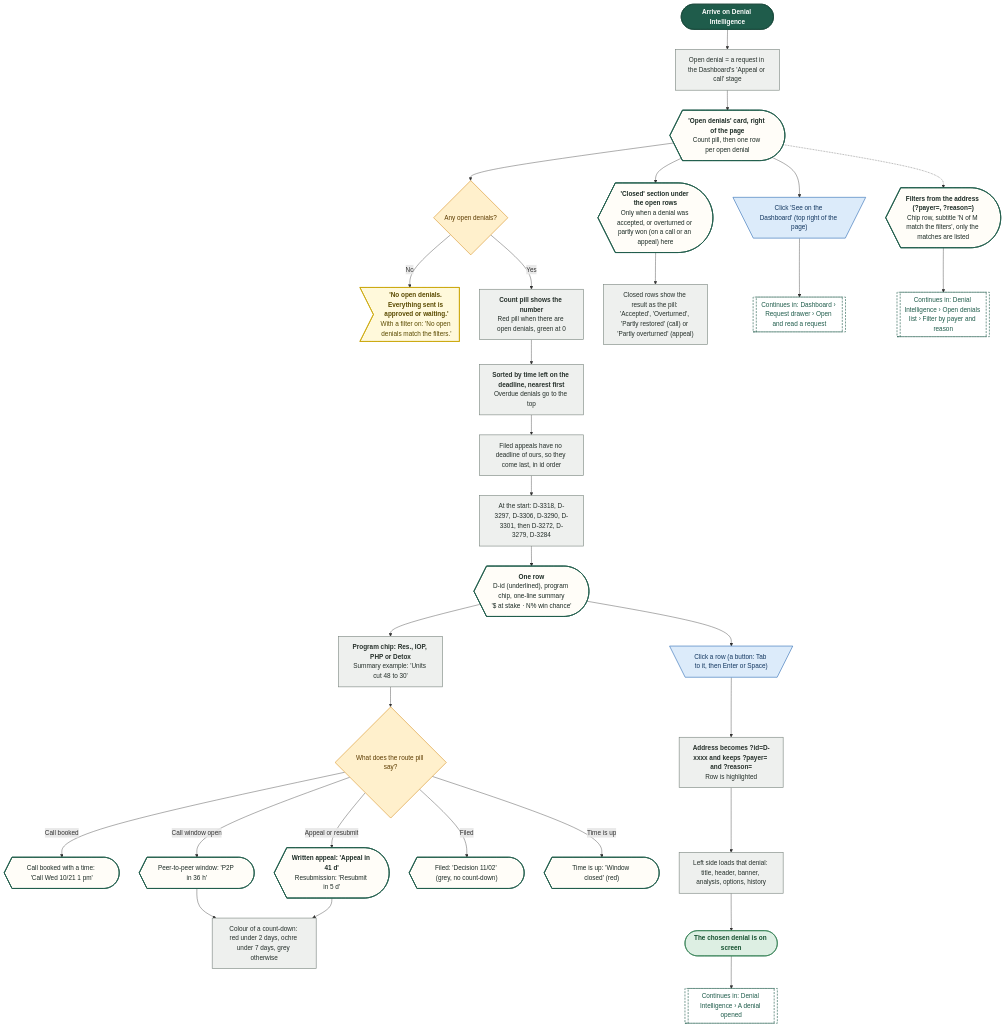
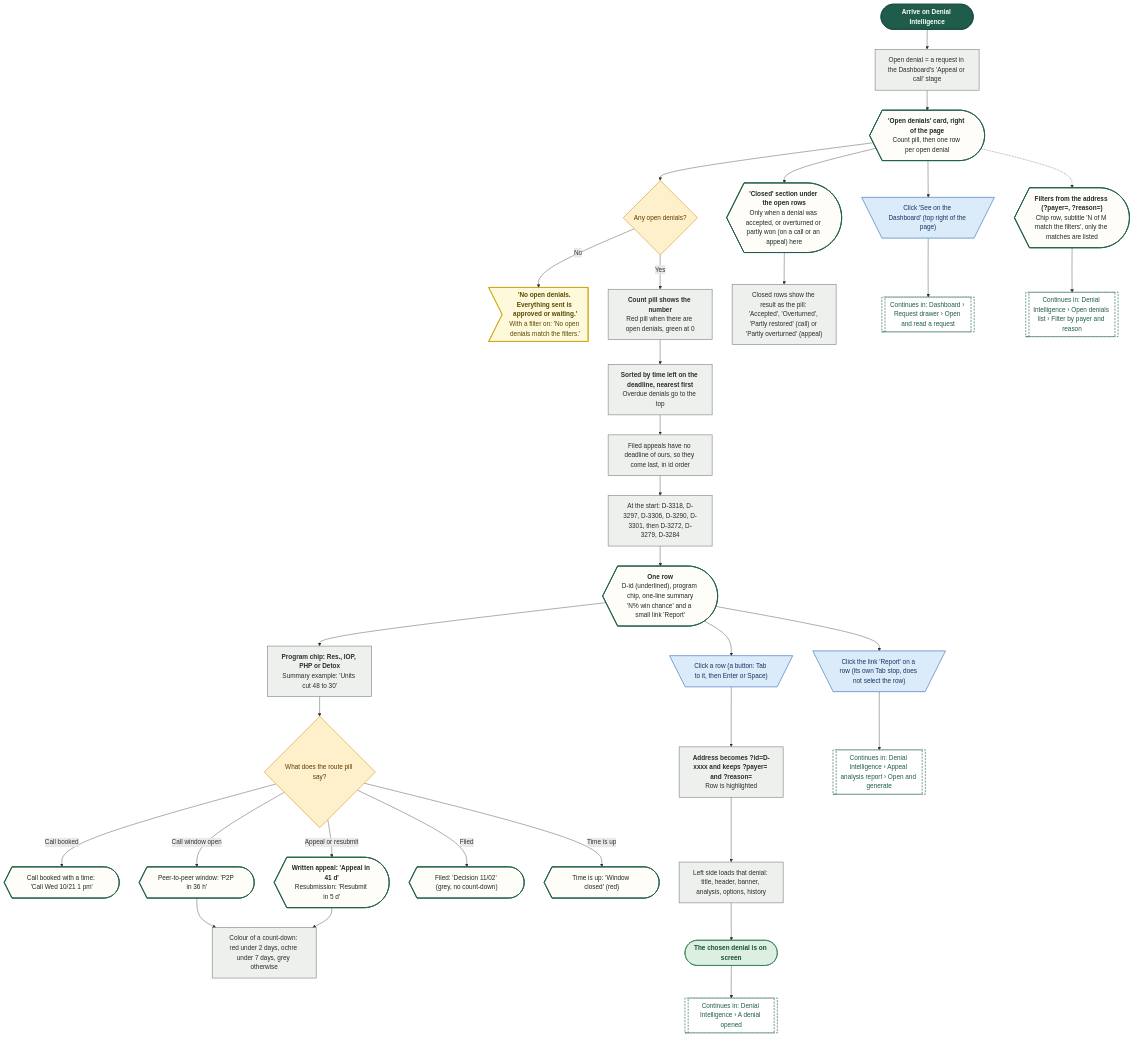
One commit to Shrav143/psyfloapp changed the second of 25 diagrams in demos/prior-auth-demo/workflows/out/md/06-denials.md. Above: the diagram before and after it, drawn with Mermaid. The commit also changed other lines of this file and 39 other files, not shown here.

First line of the commit message:
docs: appeal analysis report in the site map and README; rebuild the workflow diagrams (225)

````diff
--- a/demos/prior-auth-demo/workflows/out/md/06-denials.md
+++ b/demos/prior-auth-demo/workflows/out/md/06-denials.md
@@ -96,73 +96,76 @@
 ```mermaid
 %%{init: {"theme":"base","themeVariables":{"fontFamily":"'DM Sans', 'Segoe UI', system-ui, sans-serif","fontSize":"15px","lineColor":"#5B6B63","primaryTextColor":"#1C2B25","clusterBkg":"#FBF8F3","clusterBorder":"#D9CDBB","edgeLabelBackground":"#FFFFFF"},"flowchart":{"curve":"basis","nodeSpacing":36,"rankSpacing":48,"padding":12,"htmlLabels":true,"useMaxWidth":false,"wrappingWidth":230}} }%%
 flowchart TD
   classDef k_start fill:#1F5C4B,stroke:#174638,color:#FFFFFF,stroke-width:1.5px,font-weight:600
   classDef k_end fill:#DDEFE3,stroke:#2E7D4F,color:#14502F,stroke-width:1.5px,font-weight:600
   classDef k_endx fill:#FBE3E0,stroke:#C0392B,color:#7A1F16,stroke-width:1.5px,font-weight:600
   classDef k_screen fill:#FFFDF8,stroke:#1F5C4B,color:#1C2B25,stroke-width:2px
   classDef k_overlay fill:#F1F7F3,stroke:#1F5C4B,color:#1C2B25,stroke-width:2px,stroke-dasharray:5 3
   classDef k_click fill:#DCEBFA,stroke:#2F6DB5,color:#12365F,stroke-width:1.5px
   classDef k_input fill:#E4E7FF,stroke:#4C5FD5,color:#1D2670,stroke-width:1.5px
   classDef k_process fill:#EEF0EE,stroke:#7A857F,color:#26302B,stroke-width:1.5px
   classDef k_agent fill:#EEE5FA,stroke:#7A4FC2,color:#341A63,stroke-width:1.5px
   classDef k_decision fill:#FFF0CC,stroke:#D9962B,color:#5C3B00,stroke-width:1.5px
   classDef k_store fill:#D5F0EA,stroke:#1C8E7B,color:#0B4A3F,stroke-width:1.5px
   classDef k_doc fill:#F6E9DC,stroke:#B07A4C,color:#4A2E14,stroke-width:1.5px
   classDef k_ext fill:#FFE6D2,stroke:#E07B39,color:#6B2F06,stroke-width:1.5px
   classDef k_wait fill:#E4E8EE,stroke:#6B7C93,color:#26303D,stroke-width:1.5px
   classDef k_toast fill:#FFF9DB,stroke:#C9A400,color:#5A4A00,stroke-width:1.5px
   classDef k_goto fill:#FFFFFF,stroke:#1F5C4B,color:#1F5C4B,stroke-width:1.5px,stroke-dasharray:5 3
   s1@{ shape: stadium, label: "Arrive on Denial Intelligence" }
   sc1@{ shape: curv-trap, label: "<b>'Open denials' card, right of the page</b><br/>Count pill, then one row per open denial" }
   p1@{ shape: rect, label: "Open denial = a request in the Dashboard's 'Appeal or call' stage" }
   d1@{ shape: diam, label: "Any open denials?" }
   t1@{ shape: odd, label: "<b>'No open denials. Everything sent is approved or waiting.'</b><br/>With a filter on: 'No open denials match the filters.'" }
   p2@{ shape: rect, label: "<b>Count pill shows the number</b><br/>Red pill when there are open denials, green at 0" }
   p3@{ shape: rect, label: "<b>Sorted by time left on the deadline, nearest first</b><br/>Overdue denials go to the top" }
   p4@{ shape: rect, label: "Filed appeals have no deadline of ours, so they come last, in id order" }
   p5@{ shape: rect, label: "At the start: D-3318, D-3297, D-3306, D-3290, D-3301, then D-3272, D-3279, D-3284" }
-  r1@{ shape: curv-trap, label: "<b>One row</b><br/>D-id (underlined), program chip, one-line summary<br/>'$ at stake · N% win chance'" }
+  r1@{ shape: curv-trap, label: "<b>One row</b><br/>D-id (underlined), program chip, one-line summary<br/>'N% win chance' and a small link 'Report'" }
   p6@{ shape: rect, label: "<b>Program chip: Res., IOP, PHP or Detox</b><br/>Summary example: 'Units cut 48 to 30'" }
   d2@{ shape: diam, label: "What does the route pill say?" }
   rp1@{ shape: curv-trap, label: "Call booked with a time: 'Call Wed 10/21 1 pm'" }
   rp2@{ shape: curv-trap, label: "Peer-to-peer window: 'P2P in 36 h'" }
   rp3@{ shape: curv-trap, label: "<b>Written appeal: 'Appeal in 41 d'</b><br/>Resubmission: 'Resubmit in 5 d'" }
   rp4@{ shape: curv-trap, label: "Filed: 'Decision 11/02' (grey, no count-down)" }
   rp5@{ shape: curv-trap, label: "Time is up: 'Window closed' (red)" }
   p7@{ shape: rect, label: "Colour of a count-down: red under 2 days, ochre under 7 days, grey otherwise" }
   cl1@{ shape: curv-trap, label: "<b>'Closed' section under the open rows</b><br/>Only when a denial was accepted, or overturned or partly won (on a call or an appeal) here" }
   p8@{ shape: rect, label: "Closed rows show the result as the pill: 'Accepted', 'Overturned', 'Partly restored' (call) or 'Partly overturned' (appeal)" }
   c1@{ shape: trap-t, label: "Click a row (a button: Tab to it, then Enter or Space)" }
   p9@{ shape: rect, label: "<b>Address becomes ?id=D-xxxx and keeps ?payer= and ?reason=</b><br/>Row is highlighted" }
   p10@{ shape: rect, label: "Left side loads that denial: title, header, banner, analysis, options, history" }
+  c3@{ shape: trap-t, label: "Click the link 'Report' on a row (its own Tab stop, does not select the row)" }
+  g4@{ shape: subproc, label: "Continues in: Denial Intelligence › Appeal analysis report › Open and generate" }
   c2@{ shape: trap-t, label: "Click 'See on the Dashboard' (top right of the page)" }
   g1@{ shape: subproc, label: "Continues in: Denial Intelligence › A denial opened" }
   g2@{ shape: subproc, label: "Continues in: Dashboard › Request drawer › Open and read a request" }
   sf@{ shape: curv-trap, label: "<b>Filters from the address (?payer=, ?reason=)</b><br/>Chip row, subtitle 'N of M match the filters', only the matches are listed" }
   g3@{ shape: subproc, label: "Continues in: Denial Intelligence › Open denials list › Filter by payer and reason" }
   e1@{ shape: stadium, label: "The chosen denial is on screen" }
   s1 --> p1 --> sc1 --> d1
   d1 -->|"No"| t1
   d1 -->|"Yes"| p2 --> p3 --> p4 --> p5
   p5 --> r1 --> p6 --> d2
   d2 -->|"Call booked"| rp1
   d2 -->|"Call window open"| rp2
   d2 -->|"Appeal or resubmit"| rp3
   d2 -->|"Filed"| rp4
   d2 -->|"Time is up"| rp5
   rp2 --> p7
   rp3 --> p7
   sc1 --> cl1 --> p8
   r1 --> c1 --> p9 --> p10 --> e1
   e1 --> g1
   sc1 --> c2 --> g2
+  r1 --> c3 --> g4
   sc1 -.-> sf --> g3
   class s1 k_start
   class sc1,r1,rp1,rp2,rp3,rp4,rp5,cl1,sf k_screen
   class p1,p2,p3,p4,p5,p6,p7,p8,p9,p10 k_process
   class d1,d2 k_decision
   class t1 k_toast
-  class c1,c2 k_click
-  class g1,g2,g3 k_goto
+  class c1,c3,c2 k_click
+  class g4,g1,g2,g3 k_goto
   class e1 k_end
 ```
````
